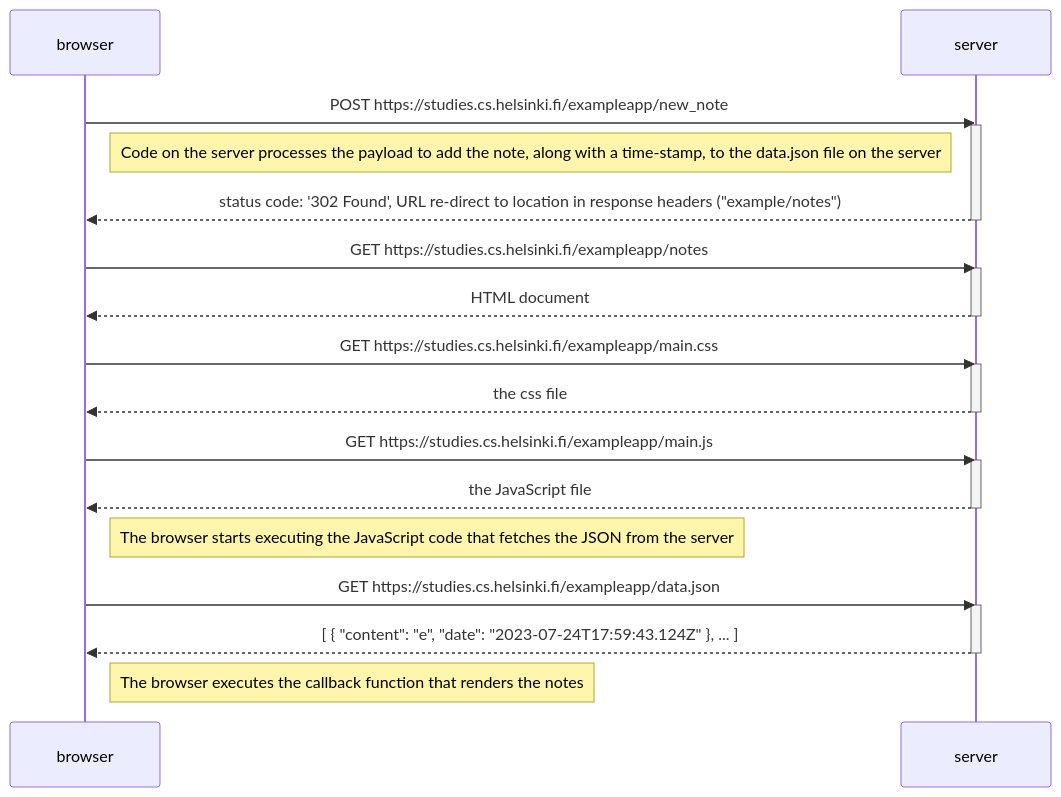
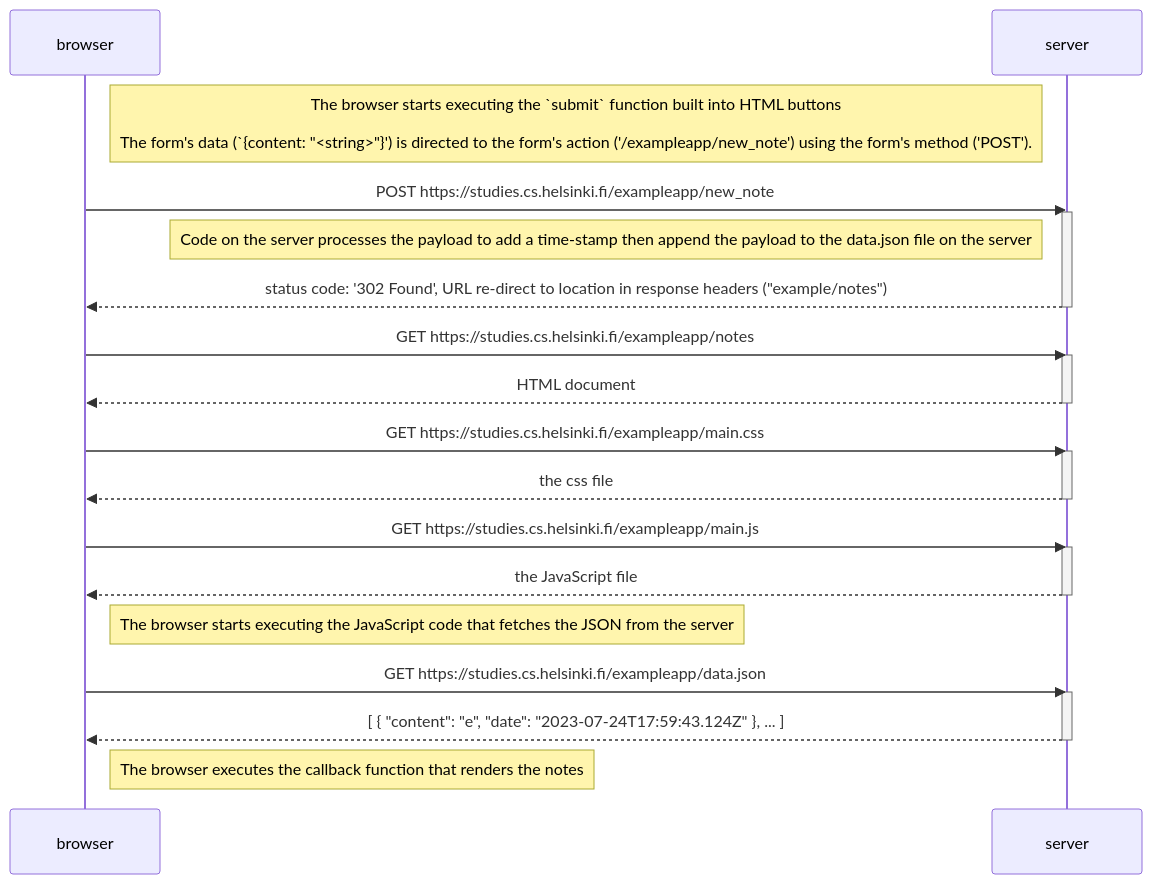
One commit to the-coding-anthropoid/full_stack changed the diagram in part_0/0.4-new_note-diagram.md. Above: the diagram before and after it, drawn with Mermaid.

Commit message:
Exercise 0.4: New Note Diagram => Edit
add pre-post browser processing

````diff
--- a/part_0/0.4-new_note-diagram.md
+++ b/part_0/0.4-new_note-diagram.md
@@ -11,37 +11,40 @@
 ```mermaid
 sequenceDiagram
+
+    Note right of browser: The browser starts executing the `submit` function built into HTML buttons<br/><br/>The form's data (`{content: "<string>"}') is directed to the form's action ('/exampleapp/new_note') using the form's method ('POST').
+
     participant browser
     participant server
 
     browser->>server: POST https://studies.cs.helsinki.fi/exampleapp/new_note
     activate server
 
-    Note left of server: Code on the server processes the payload to add the note, along with a time-stamp, to the data.json file on the server  
+    Note left of server: Code on the server processes the payload to add a time-stamp then append the payload to the data.json file on the server  
 
     server-->>browser: status code: '302 Found', URL re-direct to location in response headers ("example/notes")
     deactivate server
 
     browser->>server: GET https://studies.cs.helsinki.fi/exampleapp/notes
     activate server
     server-->>browser: HTML document
     deactivate server
 
     browser->>server: GET https://studies.cs.helsinki.fi/exampleapp/main.css
     activate server
     server-->>browser: the css file
     deactivate server
 
     browser->>server: GET https://studies.cs.helsinki.fi/exampleapp/main.js
     activate server
     server-->>browser: the JavaScript file
     deactivate server
 
     Note right of browser: The browser starts executing the JavaScript code that fetches the JSON from the server
 
     browser->>server: GET https://studies.cs.helsinki.fi/exampleapp/data.json
     activate server
     server-->>browser: [ { "content": "e", "date": "2023-07-24T17:59:43.124Z" }, ... ]
     deactivate server
 
     Note right of browser: The browser executes the callback function that renders the notes
 ```
````
